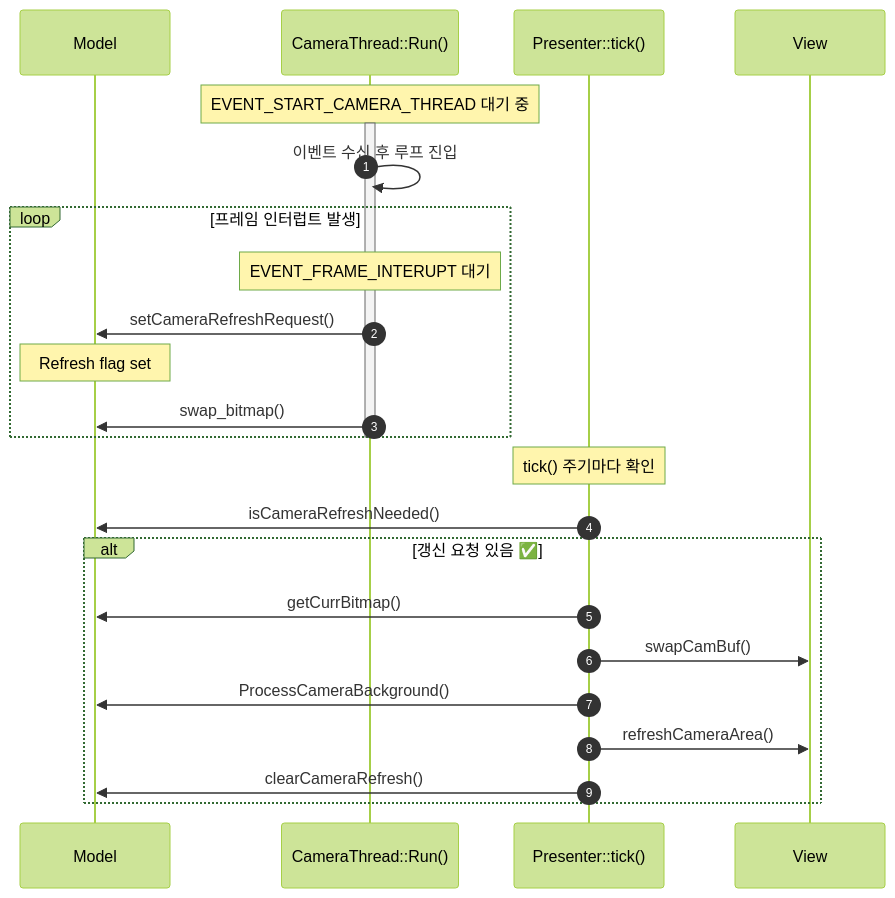
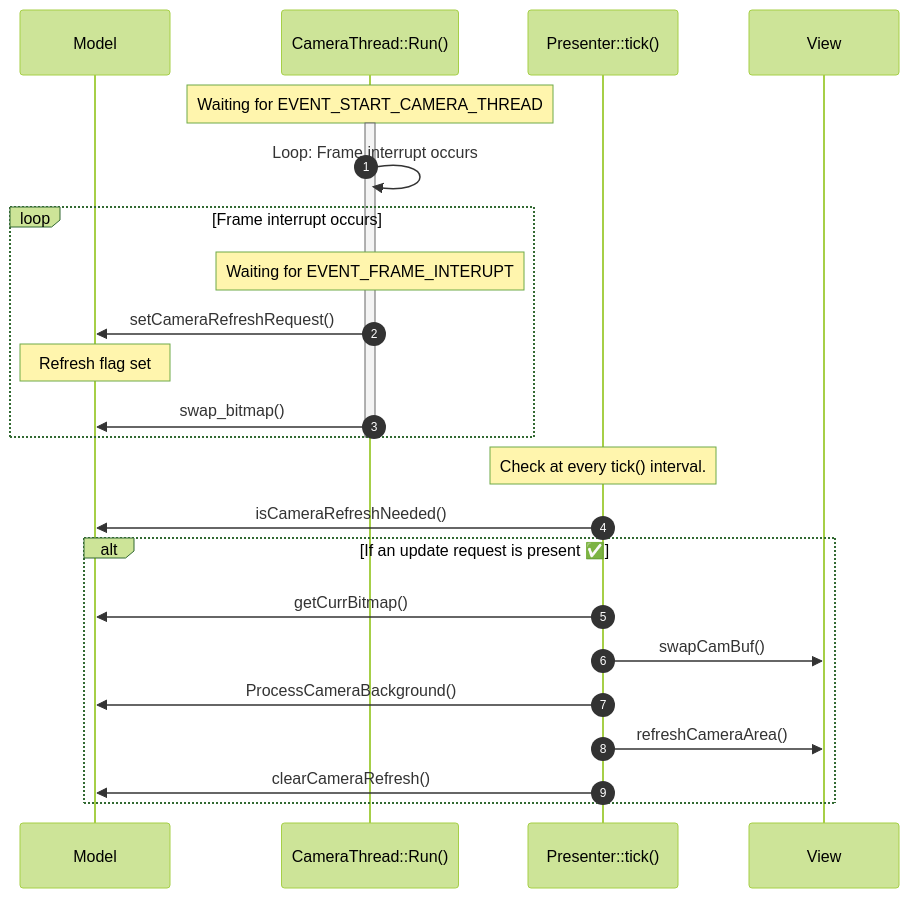
Before and after one commit to Han-Sang-min/STM32N6_AI: the first of 4 diagrams in README.md, drawn with Mermaid (forest theme). The commit also changed other lines of this file, not shown here.

````diff
--- a/README.md
+++ b/README.md
@@ -35,32 +35,32 @@
 ```mermaid
 sequenceDiagram
     autonumber
     participant Model as Model
     participant CameraThread as CameraThread::Run()
     participant Presenter as Presenter::tick()
     participant View as View
 
-    Note over CameraThread: EVENT_START_CAMERA_THREAD 대기 중
+    Note over CameraThread: Waiting for EVENT_START_CAMERA_THREAD
     activate CameraThread
-    CameraThread->>CameraThread: 이벤트 수신 후 루프 진입
+    CameraThread->>CameraThread: Loop: Frame interrupt occurs
 
-    loop 프레임 인터럽트 발생
-        Note over CameraThread: EVENT_FRAME_INTERUPT 대기
+    loop Frame interrupt occurs
+        Note over CameraThread: Waiting for EVENT_FRAME_INTERUPT
         CameraThread->>Model: setCameraRefreshRequest()
         Note over Model: Refresh flag set
         CameraThread->>Model: swap_bitmap()
     end
 
     deactivate CameraThread
 
-    Note over Presenter: tick() 주기마다 확인
+    Note over Presenter: Check at every tick() interval.
     Presenter->>Model: isCameraRefreshNeeded()
-    alt 갱신 요청 있음 ✅
+    alt If an update request is present ✅
         Presenter->>Model: getCurrBitmap()
         Presenter->>View: swapCamBuf()
         Presenter->>Model: ProcessCameraBackground()
         Presenter->>View: refreshCameraArea()
         Presenter->>Model: clearCameraRefresh()
     end
 
 ```
````
